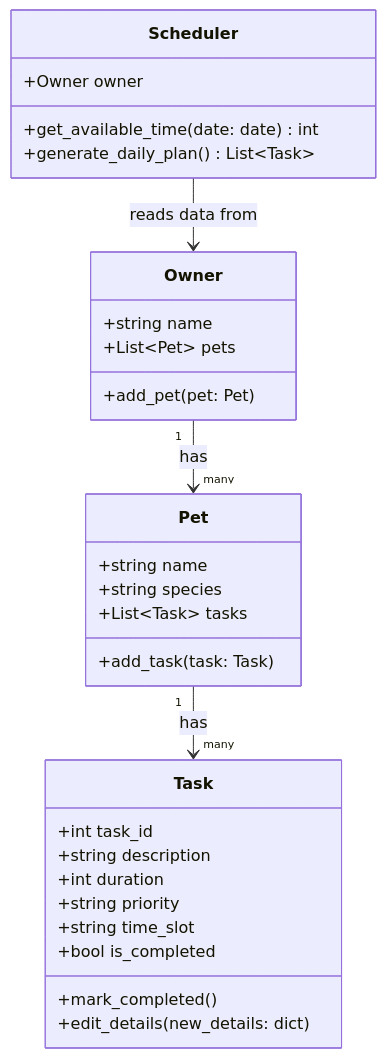
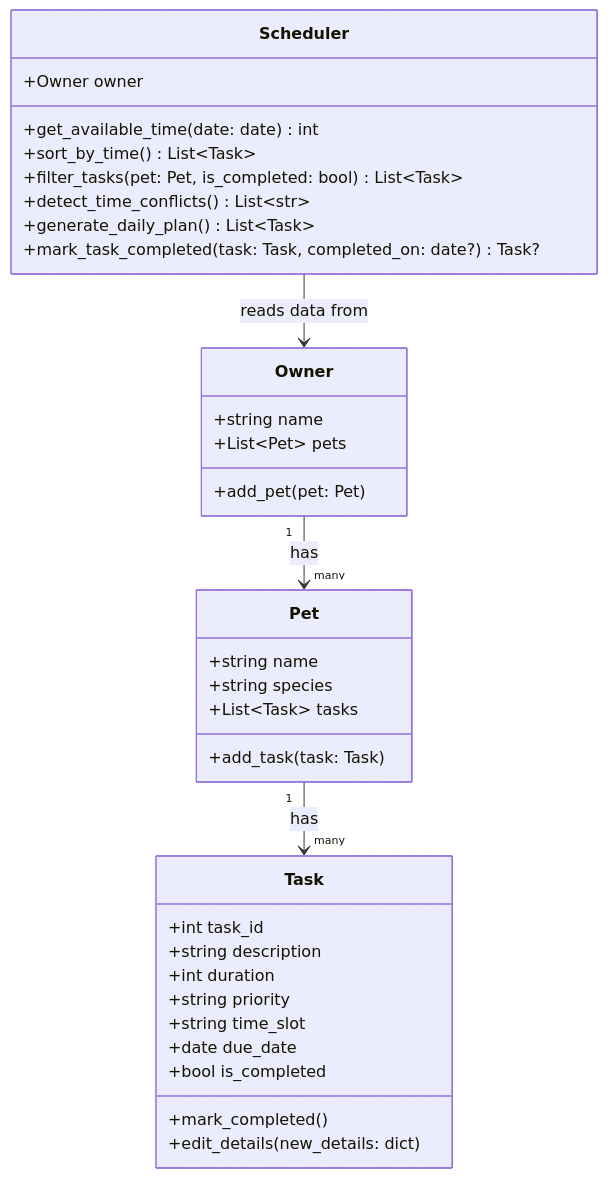
One commit to Tiaws/ai110-module2show-pawpal-starter changed the diagram in diagrams/uml_draft.mmd. Above: the diagram before and after it, drawn with Mermaid. The commit also changed 4 other files, not shown here.

```diff
--- a/diagrams/uml_draft.mmd
+++ b/diagrams/uml_draft.mmd
@@ -1,34 +1,39 @@
 classDiagram
     class Owner {
         +string name
         +List~Pet~ pets
         +add_pet(pet: Pet)
     }
 
     class Pet {
         +string name
         +string species
         +List~Task~ tasks
         +add_task(task: Task)
     }
 
     class Task {
         +int task_id
         +string description
         +int duration
         +string priority
         +string time_slot
+        +date due_date
         +bool is_completed
         +mark_completed()
         +edit_details(new_details: dict)
     }
 
     class Scheduler {
         +Owner owner
         +get_available_time(date: date) int
+        +sort_by_time() List~Task~
+        +filter_tasks(pet: Pet, is_completed: bool) List~Task~
+        +detect_time_conflicts() List~str~
         +generate_daily_plan() List~Task~
+        +mark_task_completed(task: Task, completed_on: date?) Task?
     }
 
     Owner "1" --> "many" Pet : has
     Pet "1" --> "many" Task : has
     Scheduler --> Owner : reads data from
```
